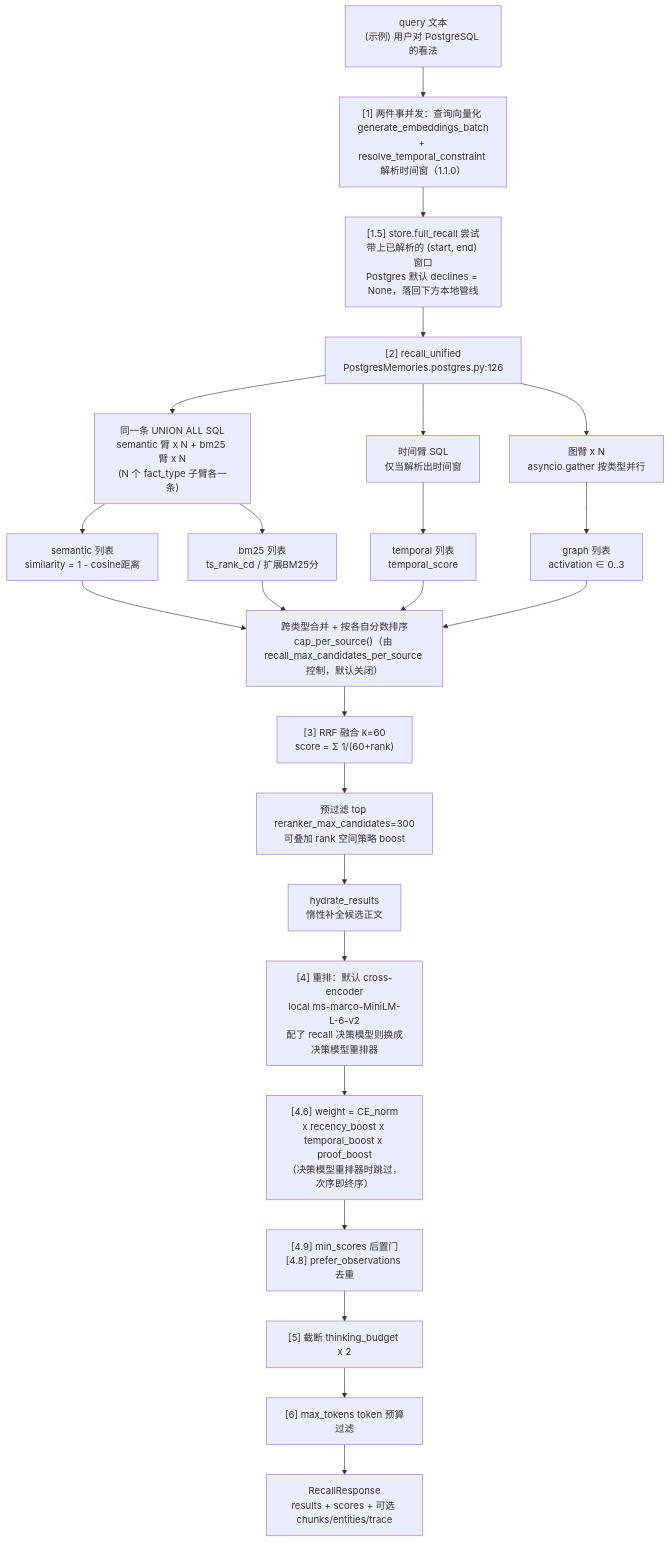
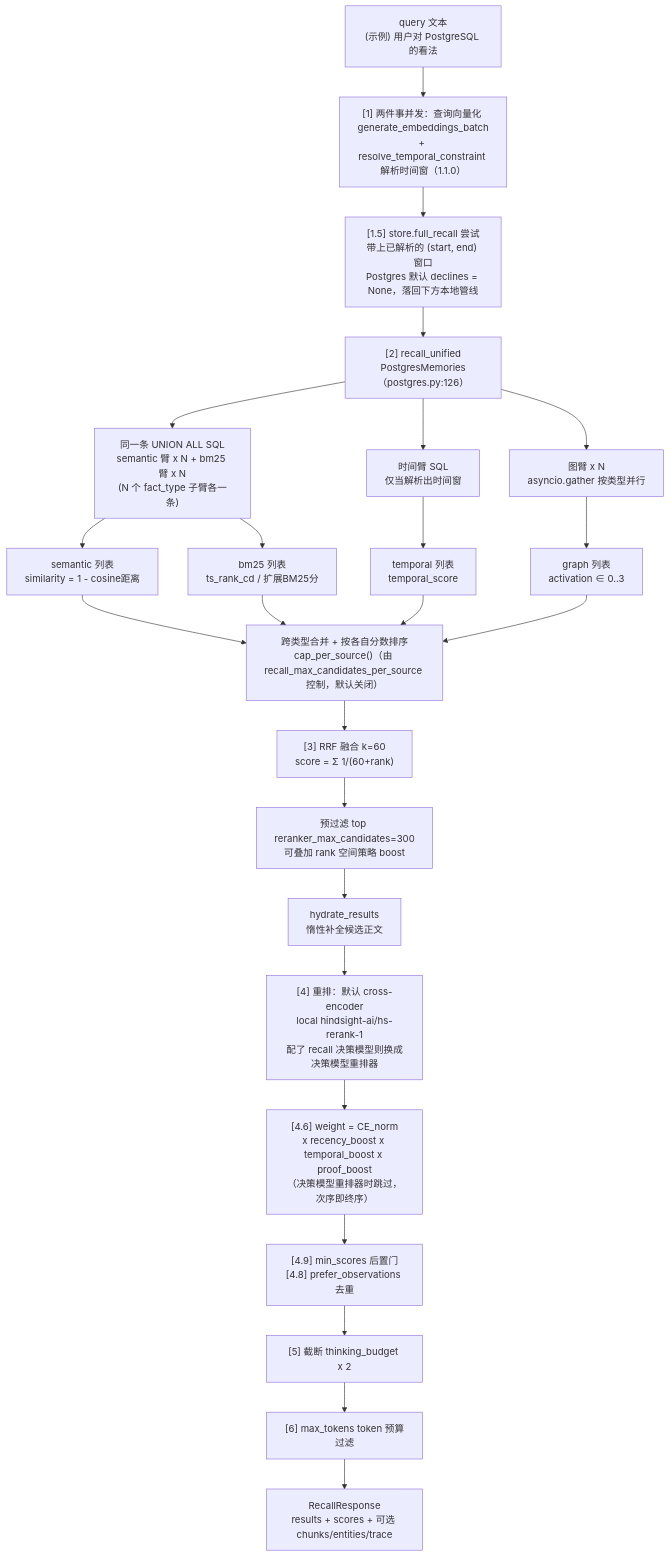
Before and after one commit to stefanv5/memory-platform-architecture: the first of 2 diagrams in docs/hindsight/source-study/03-recall-检索系统.md, drawn with Mermaid. The commit also changed other lines of this file and 10 other files, not shown here.

````diff
--- a/docs/hindsight/source-study/03-recall-检索系统.md
+++ b/docs/hindsight/source-study/03-recall-检索系统.md
@@ -99,30 +99,30 @@
 ```mermaid
 flowchart TB
     Q["query 文本<br/>(示例) 用户对 PostgreSQL 的看法"] --> EMB["[1] 两件事并发：查询向量化 generate_embeddings_batch<br/>+ resolve_temporal_constraint 解析时间窗（1.1.0）"]
     EMB --> FR["[1.5] store.full_recall 尝试<br/>带上已解析的 (start, end) 窗口<br/>Postgres 默认 declines = None，落回下方本地管线"]
-    FR --> RU["[2] recall_unified<br/>PostgresMemories.postgres.py:126"]
+    FR --> RU["[2] recall_unified<br/>PostgresMemories（postgres.py:126）"]
 
     RU --> SB["同一条 UNION ALL SQL<br/>semantic 臂 x N + bm25 臂 x N<br/>(N 个 fact_type 子臂各一条)"]
     RU --> TE["时间臂 SQL<br/>仅当解析出时间窗"]
     RU --> GR["图臂 x N<br/>asyncio.gather 按类型并行"]
 
     SB --> SEM["semantic 列表<br/>similarity = 1 - cosine距离"]
     SB --> KW["bm25 列表<br/>ts_rank_cd / 扩展BM25分"]
     TE --> TEM["temporal 列表<br/>temporal_score"]
     GR --> GRA["graph 列表<br/>activation ∈ 0..3"]
 
     SEM --> SORT["跨类型合并 + 按各自分数排序<br/>cap_per_source()（由 recall_max_candidates_per_source 控制，默认关闭）"]
     KW --> SORT
     TEM --> SORT
     GRA --> SORT
 
     SORT --> RRF["[3] RRF 融合 k=60<br/>score = Σ 1/(60+rank)"]
     RRF --> PRE["预过滤 top reranker_max_candidates=300<br/>可叠加 rank 空间策略 boost"]
     PRE --> HYD["hydrate_results<br/>惰性补全候选正文"]
-    HYD --> CE["[4] 重排：默认 cross-encoder<br/>local ms-marco-MiniLM-L-6-v2<br/>配了 recall 决策模型则换成决策模型重排器"]
+    HYD --> CE["[4] 重排：默认 cross-encoder<br/>local hindsight-ai/hs-rerank-1<br/>配了 recall 决策模型则换成决策模型重排器"]
     CE --> CS["[4.6] weight = CE_norm<br/>x recency_boost x temporal_boost x proof_boost<br/>（决策模型重排器时跳过，次序即终序）"]
     CS --> MS["[4.9] min_scores 后置门<br/>[4.8] prefer_observations 去重"]
     MS --> TR["[5] 截断 thinking_budget x 2"]
     TR --> TOK["[6] max_tokens token 预算过滤"]
     TOK --> RES["RecallResponse<br/>results + scores + 可选 chunks/entities/trace"]
 ```
````
